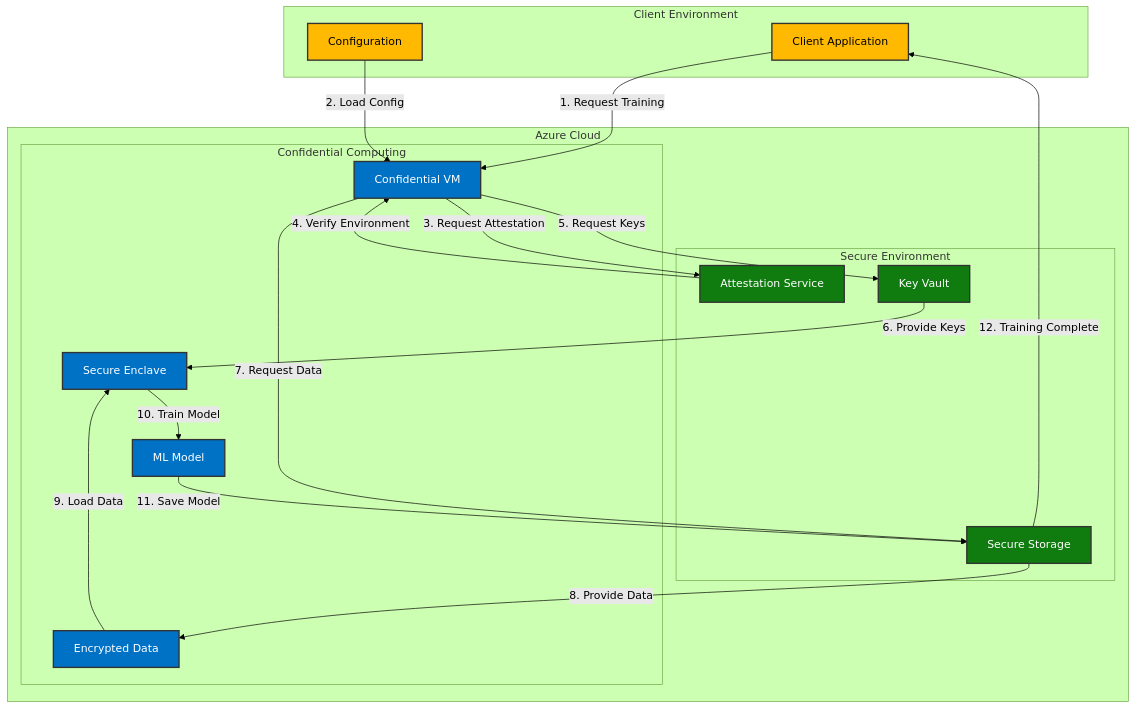
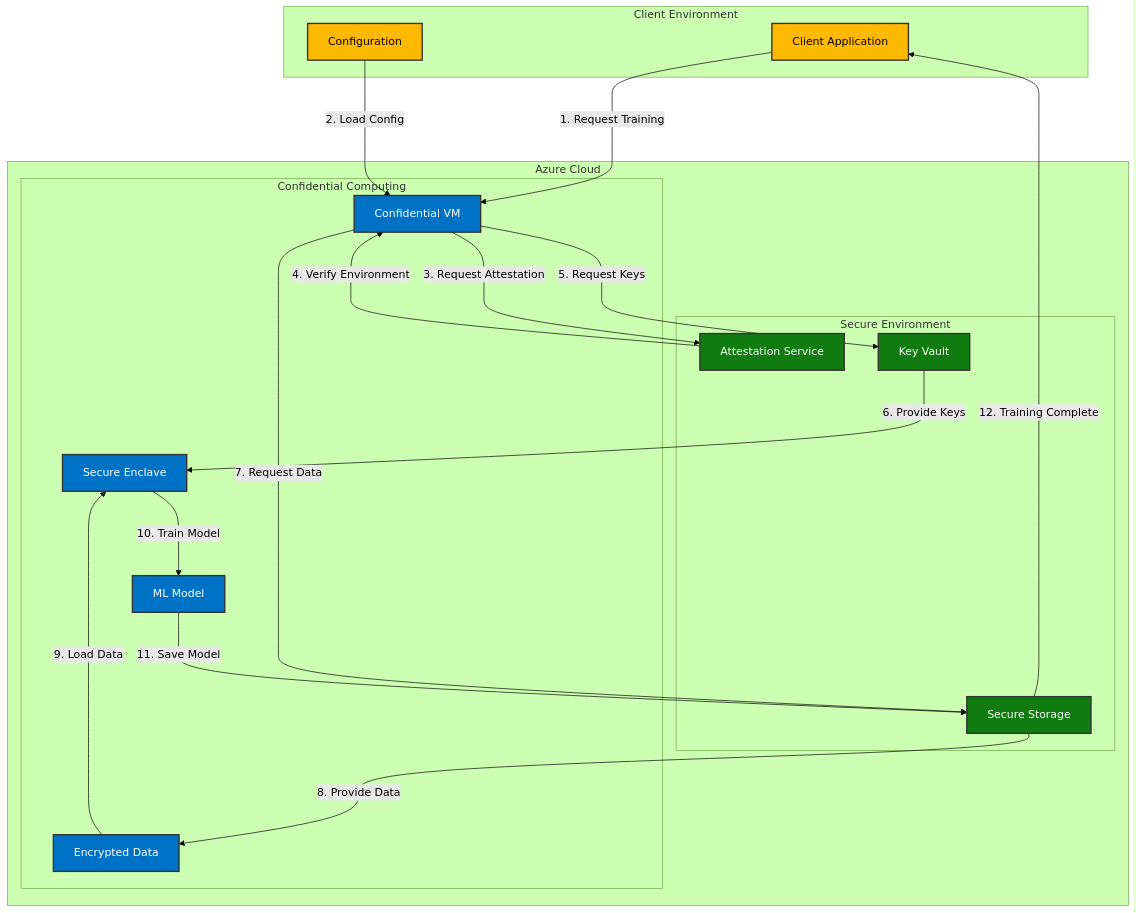
The diagram in docs/LogicalArchitecture.md (gitmujoshi/confidentialcomputingplatform), drawn with Mermaid (forest theme) before and after one commit.

Commit message:
updated diagrams

````diff
--- a/docs/LogicalArchitecture.md
+++ b/docs/LogicalArchitecture.md
@@ -9,43 +9,43 @@
 ```mermaid
 flowchart TB
     subgraph ClientEnvironment["Client Environment"]
         Client[Client Application]
         Config[Configuration]
     end
 
     subgraph AzureCloud["Azure Cloud"]
         subgraph SecureEnvironment["Secure Environment"]
             Attest[Attestation Service]
             KeyVault[Key Vault]
             Storage[Secure Storage]
         end
 
         subgraph ConfidentialComputing["Confidential Computing"]
             VM[Confidential VM]
             Enclave[Secure Enclave]
             Model[ML Model]
             Data[Encrypted Data]
         end
     end
 
-    Client -->|1. Request Training| VM
-    Config -->|2. Load Config| VM
-    VM -->|3. Request Attestation| Attest
-    Attest -->|4. Verify Environment| VM
-    VM -->|5. Request Keys| KeyVault
-    KeyVault -->|6. Provide Keys| Enclave
-    VM -->|7. Request Data| Storage
-    Storage -->|8. Provide Data| Data
-    Data -->|9. Load Data| Enclave
-    Enclave -->|10. Train Model| Model
-    Model -->|11. Save Model| Storage
-    Storage -->|12. Training Complete| Client
+    Client --->|1. Request Training| VM
+    Config --->|2. Load Config| VM
+    VM --->|3. Request Attestation| Attest
+    Attest --->|4. Verify Environment| VM
+    VM --->|5. Request Keys| KeyVault
+    KeyVault --->|6. Provide Keys| Enclave
+    VM --->|7. Request Data| Storage
+    Storage --->|8. Provide Data| Data
+    Data --->|9. Load Data| Enclave
+    Enclave --->|10. Train Model| Model
+    Model --->|11. Save Model| Storage
+    Storage --->|12. Training Complete| Client
 
     classDef azure fill:#0072C6,stroke:#333,stroke-width:2px,color:white
     classDef secure fill:#107C10,stroke:#333,stroke-width:2px,color:white
     classDef client fill:#FFB900,stroke:#333,stroke-width:2px,color:black
 
     class Client,Config client
     class Attest,KeyVault,Storage secure
     class VM,Enclave,Model,Data azure
 ```
````
